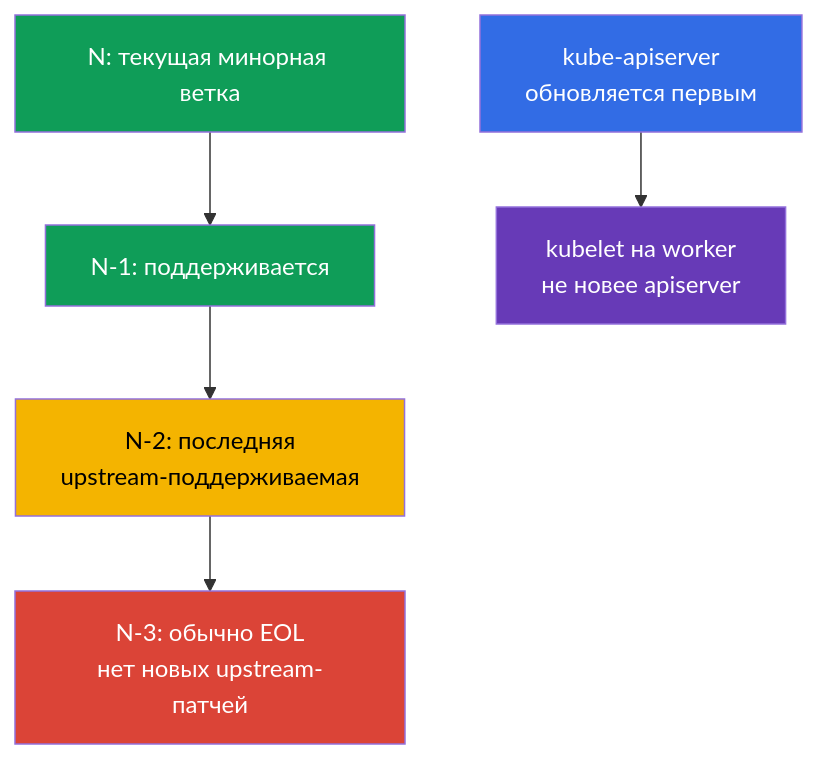
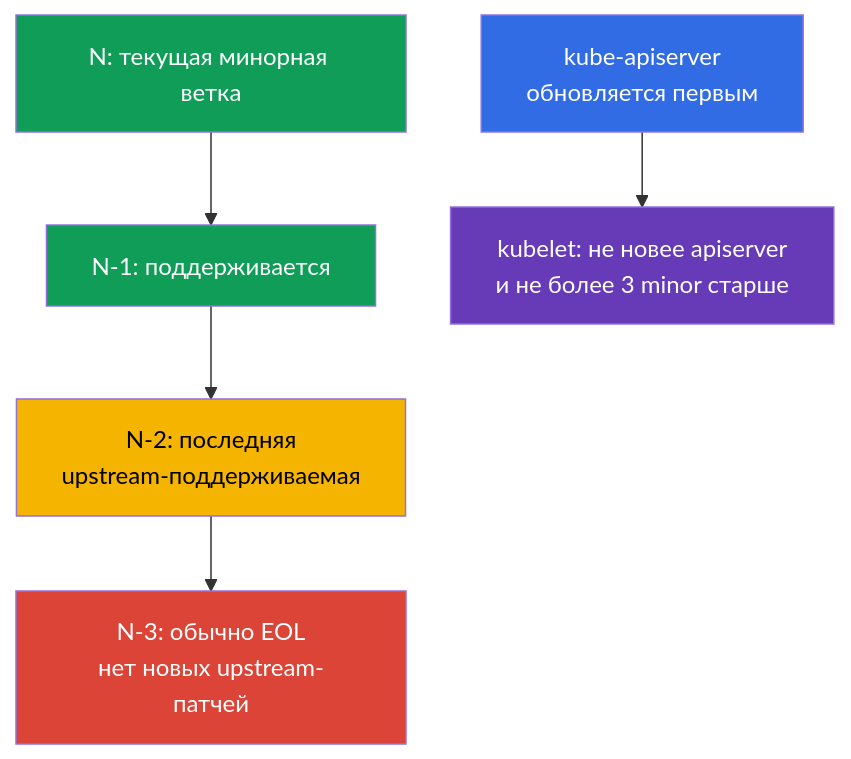
One commit to ViktorUJ/cks changed the second of 3 diagrams in tasks/cks/course/13/ru.md. Above: the diagram before and after it, drawn with Mermaid. The commit also changed other lines of this file and 32 other files, not shown here.

````diff
--- a/tasks/cks/course/13/ru.md
+++ b/tasks/cks/course/13/ru.md
@@ -75,11 +77,11 @@
 ```mermaid
 flowchart TB
     n["N: текущая минорная ветка"] --> n1["N-1: поддерживается"] --> n2["N-2: последняя\nupstream-поддерживаемая"] --> n3["N-3: обычно EOL\nнет новых upstream-патчей"]
-    cp["kube-apiserver\nобновляется первым"] --> worker["kubelet на worker\nне новее apiserver"]
+    cp["kube-apiserver\nобновляется первым"] --> worker["kubelet: не новее apiserver\nи не более 3 minor старше"]
     style n fill:#0f9d58,color:#fff
     style n1 fill:#0f9d58,color:#fff
     style n2 fill:#f4b400,color:#000
     style n3 fill:#db4437,color:#fff
     style cp fill:#326ce5,color:#fff
     style worker fill:#673ab7,color:#fff
 ```
````
